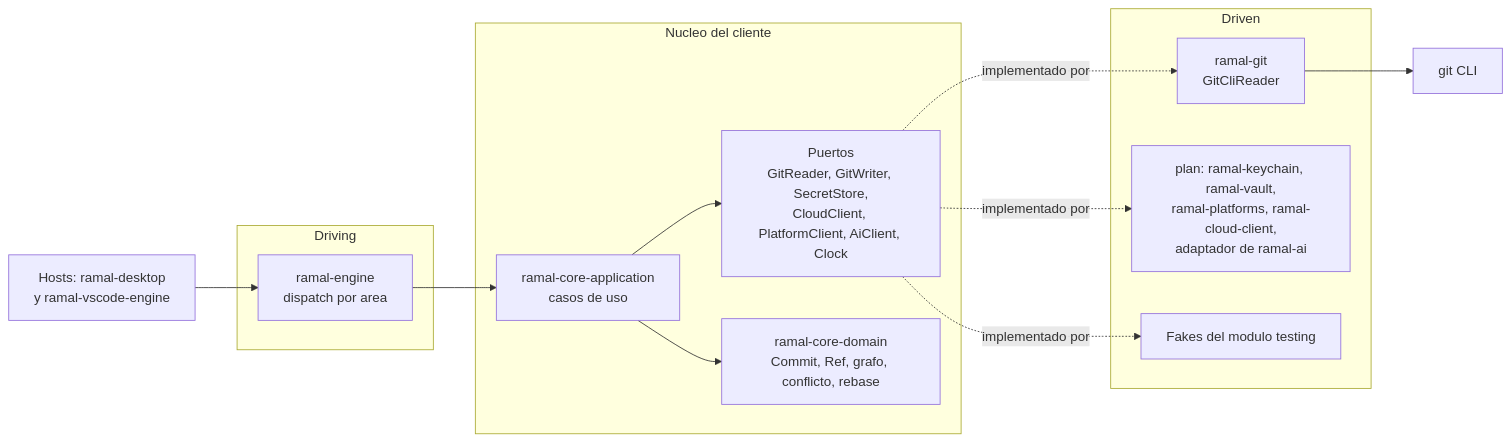
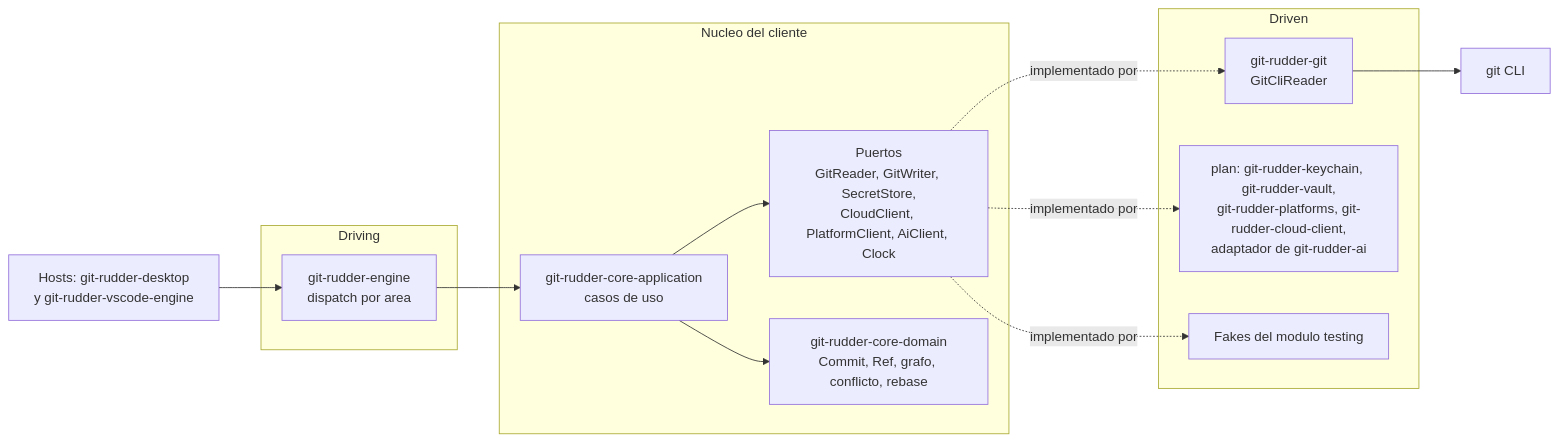
One commit to eabl0306/ramal changed the second of 6 diagrams in docs/architecture.md. Above: the diagram before and after it, drawn with Mermaid. The commit also changed other lines of this file and 524 other files, not shown here.

First line of the commit message:
refactor(repo): renombrar el producto a Git Rudder

````diff
--- a/docs/architecture.md
+++ b/docs/architecture.md
@@ -276,24 +276,24 @@
 ```mermaid
 flowchart LR
     subgraph driving["Driving"]
-        disp["ramal-engine<br/>dispatch por area"]
+        disp["git-rudder-engine<br/>dispatch por area"]
     end
     subgraph core["Nucleo del cliente"]
-        uc["ramal-core-application<br/>casos de uso"]
+        uc["git-rudder-core-application<br/>casos de uso"]
         port["Puertos<br/>GitReader, GitWriter, SecretStore,<br/>CloudClient, PlatformClient, AiClient, Clock"]
-        dom["ramal-core-domain<br/>Commit, Ref, grafo, conflicto, rebase"]
+        dom["git-rudder-core-domain<br/>Commit, Ref, grafo, conflicto, rebase"]
         uc --> dom
         uc --> port
     end
     subgraph driven["Driven"]
-        gitc["ramal-git<br/>GitCliReader"]
-        plan["plan: ramal-keychain, ramal-vault,<br/>ramal-platforms, ramal-cloud-client,<br/>adaptador de ramal-ai"]
+        gitc["git-rudder-git<br/>GitCliReader"]
+        plan["plan: git-rudder-keychain, git-rudder-vault,<br/>git-rudder-platforms, git-rudder-cloud-client,<br/>adaptador de git-rudder-ai"]
         fake["Fakes del modulo testing"]
     end
-    hosts["Hosts: ramal-desktop<br/>y ramal-vscode-engine"] --> disp
+    hosts["Hosts: git-rudder-desktop<br/>y git-rudder-vscode-engine"] --> disp
     disp --> uc
     port -.->|"implementado por"| gitc
     port -.->|"implementado por"| plan
     port -.->|"implementado por"| fake
     gitc --> gitcli["git CLI"]
 ```
````
